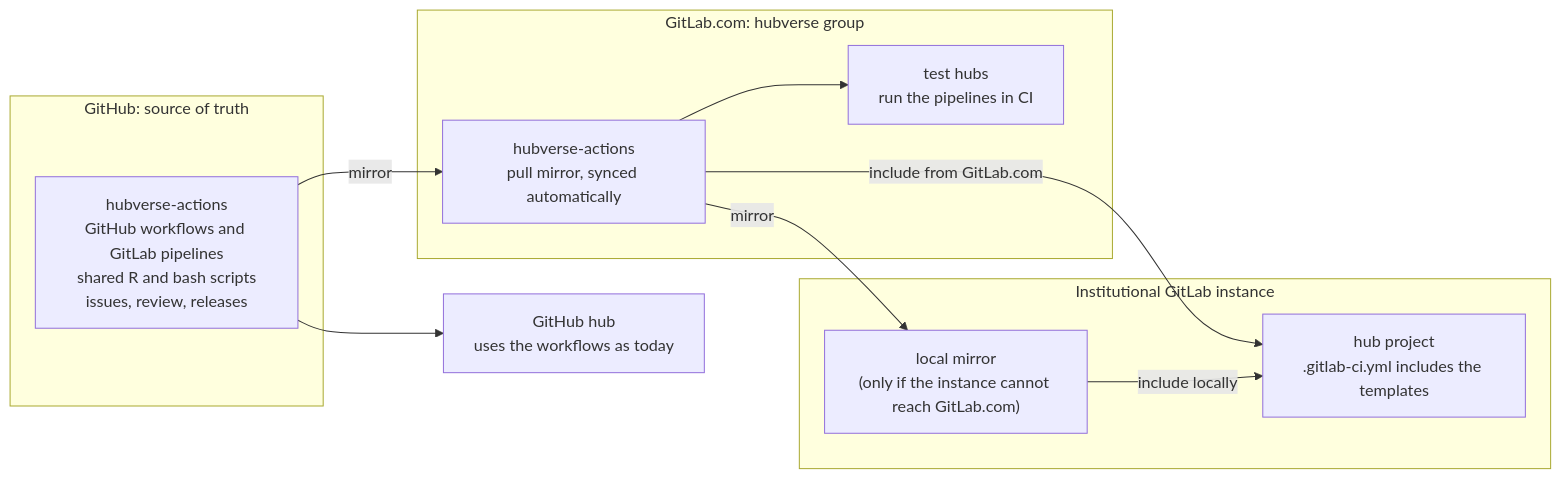
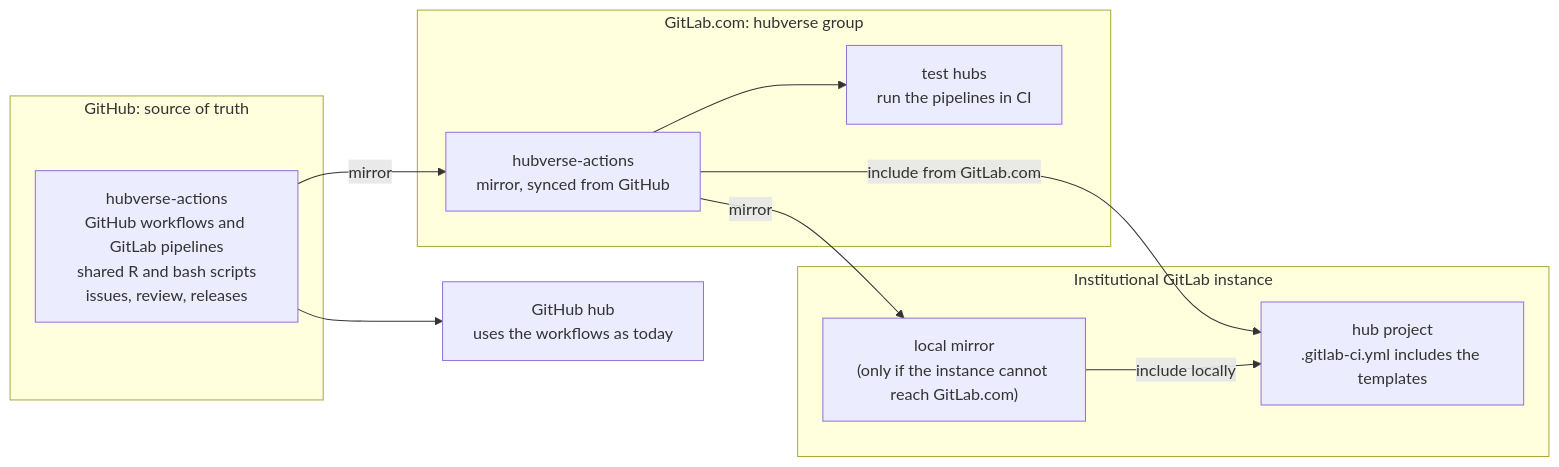
The diagram in project-posters/hubverse-gitlab/hubverse-gitlab.md (hubverse-org/decisions), drawn with Mermaid before and after one commit. The commit also changed other lines of this file, not shown here.

First line of the commit message:
Plan GitLab mirror sync around the open source programme

````diff
--- a/project-posters/hubverse-gitlab/hubverse-gitlab.md
+++ b/project-posters/hubverse-gitlab/hubverse-gitlab.md
@@ -176,21 +181,21 @@
 ```mermaid
 flowchart LR
   subgraph gh["GitHub: source of truth"]
     HA["hubverse-actions<br/>GitHub workflows and GitLab pipelines<br/>shared R and bash scripts<br/>issues, review, releases"]
   end
   subgraph glc["GitLab.com: hubverse group"]
-    MIR["hubverse-actions<br/>pull mirror, synced automatically"]
+    MIR["hubverse-actions<br/>mirror, synced from GitHub"]
     TH["test hubs<br/>run the pipelines in CI"]
   end
   subgraph inst["Institutional GitLab instance"]
     IM["local mirror<br/>(only if the instance cannot reach GitLab.com)"]
     HUB["hub project<br/>.gitlab-ci.yml includes the templates"]
   end
   GHHUB["GitHub hub<br/>uses the workflows as today"]
   HA --> GHHUB
   HA -->|mirror| MIR
   MIR --> TH
   MIR -->|include from GitLab.com| HUB
   MIR -->|mirror| IM
   IM -->|include locally| HUB
 ```
````
